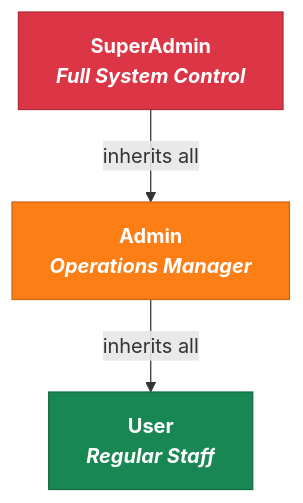
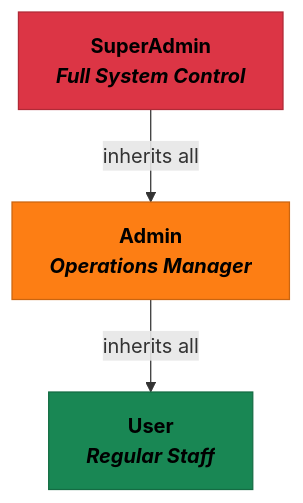
One commit to aminabibi19961996-gif/LostAndFoundApp changed the first of 9 diagrams in README.md. Above: the diagram before and after it, drawn with Mermaid.

Commit message:
fix: use dark text in Mermaid diagrams for visibility

````diff
--- a/README.md
+++ b/README.md
@@ -137,13 +137,13 @@
 ```mermaid
 graph TD
  SA["SuperAdmin<br/><i>Full System Control</i>"]
  A["Admin<br/><i>Operations Manager</i>"]
  U["User<br/><i>Regular Staff</i>"]
 
  SA -->|"inherits all"| A
  A -->|"inherits all"| U
 
- style SA fill:#dc3545,stroke:#b02a37,color:#fff,font-weight:bold
- style A fill:#fd7e14,stroke:#ca6510,color:#fff,font-weight:bold
- style U fill:#198754,stroke:#146c43,color:#fff,font-weight:bold
+ style SA fill:#dc3545,stroke:#b02a37,color:#000,font-weight:bold
+ style A fill:#fd7e14,stroke:#ca6510,color:#000,font-weight:bold
+ style U fill:#198754,stroke:#146c43,color:#000,font-weight:bold
 ```
````
